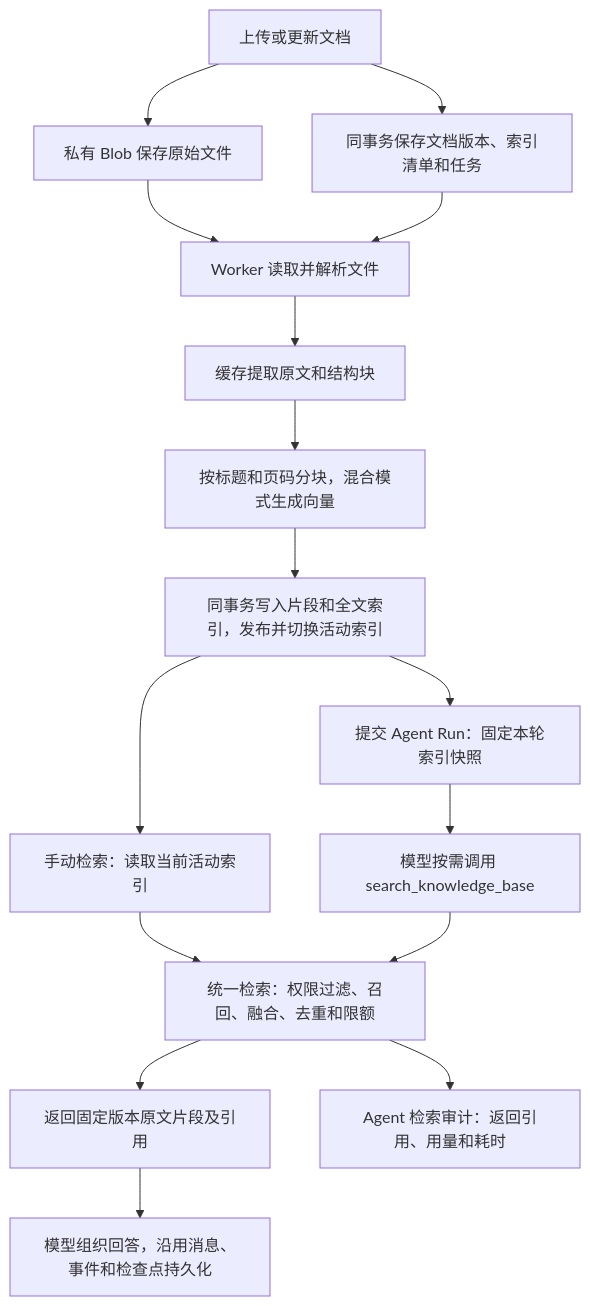
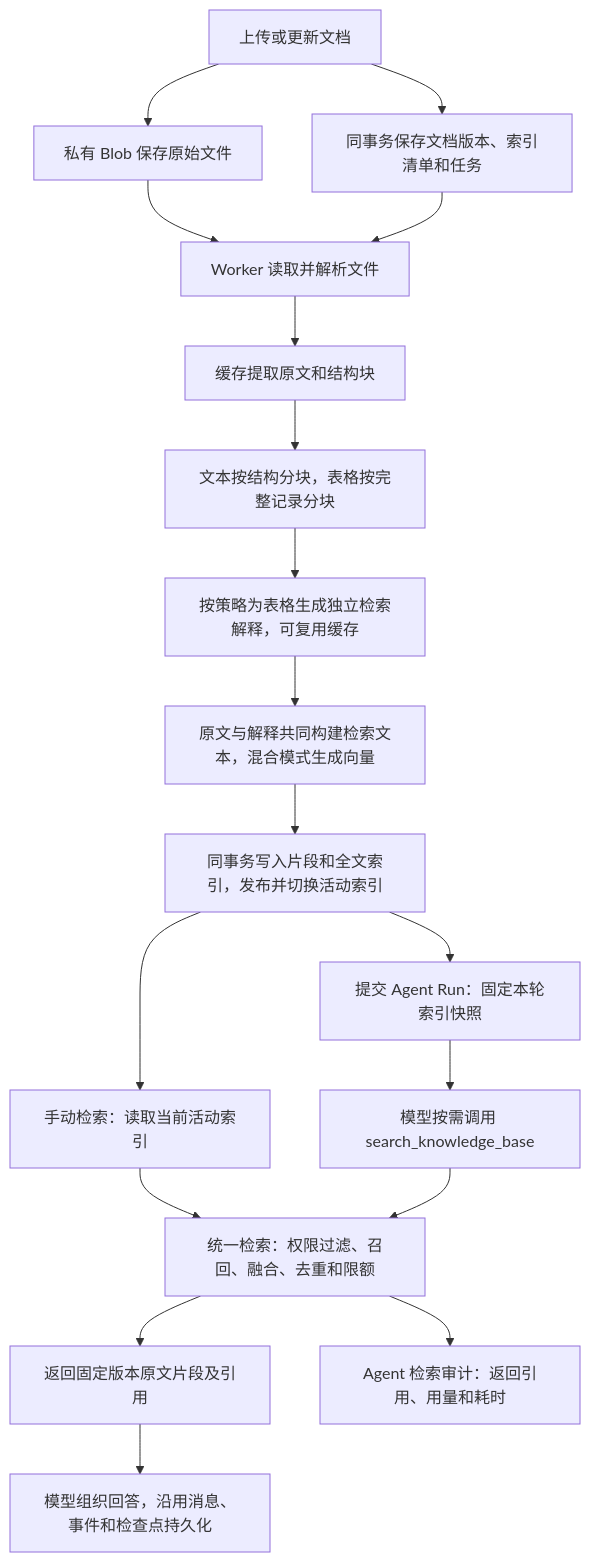
Before and after one commit to ExileLine/y-point: the second of 2 diagrams in README.md, drawn with Mermaid. The commit also changed other lines of this file and 15 other files, not shown here.

````diff
--- a/README.md
+++ b/README.md
@@ -864,18 +864,20 @@
 ```mermaid
 flowchart TD
     A[上传或更新文档] --> B[私有 Blob 保存原始文件]
     A --> C[同事务保存文档版本、索引清单和任务]
     B --> D[Worker 读取并解析文件]
     C --> D
     D --> E[缓存提取原文和结构块]
-    E --> F[按标题和页码分块，混合模式生成向量]
-    F --> G[同事务写入片段和全文索引，发布并切换活动索引]
+    E --> F[文本按结构分块，表格按完整记录分块]
+    F --> F1[按策略为表格生成独立检索解释，可复用缓存]
+    F1 --> F2[原文与解释共同构建检索文本，混合模式生成向量]
+    F2 --> G[同事务写入片段和全文索引，发布并切换活动索引]
     G --> H[手动检索：读取当前活动索引]
     G --> I[提交 Agent Run：固定本轮索引快照]
     I --> J[模型按需调用 search_knowledge_base]
     H --> K[统一检索：权限过滤、召回、融合、去重和限额]
     J --> K
     K --> L[返回固定版本原文片段及引用]
     L --> M[模型组织回答，沿用消息、事件和检查点持久化]
     K --> N[Agent 检索审计：返回引用、用量和耗时]
 ```
````
